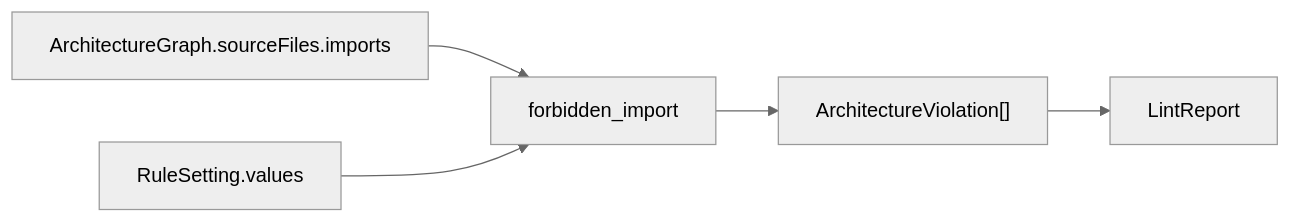
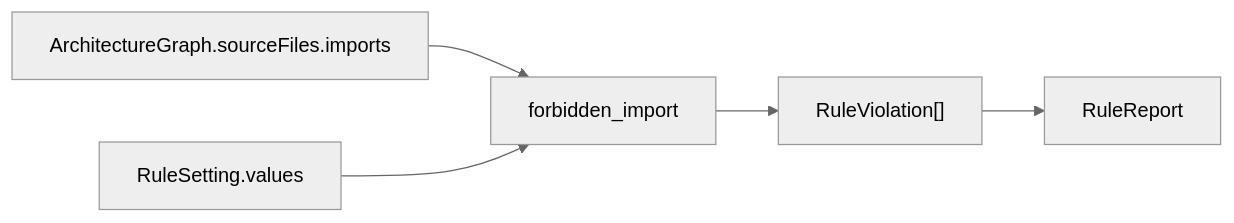
The second of 9 diagrams in docs/ARCHITECTURE_SNAPSHOT.md (RoyalPineapple/BumperBowling), drawn with Mermaid (neutral theme) before and after one commit. The commit also changed other lines of this file and 54 other files, not shown here.

First line of the commit message:
Open shaper architecture: BumperProject, one engine, one runner (0.5.0) (#39)

````diff
--- a/docs/ARCHITECTURE_SNAPSHOT.md
+++ b/docs/ARCHITECTURE_SNAPSHOT.md
@@ -35,7 +35,7 @@
 ```mermaid
 flowchart LR
     Imports["ArchitectureGraph.sourceFiles.imports"] --> ForbiddenImport["forbidden_import"]
     Forbidden["RuleSetting.values"] --> ForbiddenImport
-    ForbiddenImport --> Findings["ArchitectureViolation[]"]
-    Findings --> Report["LintReport"]
+    ForbiddenImport --> Findings["RuleViolation[]"]
+    Findings --> Report["RuleReport"]
 ```
````
